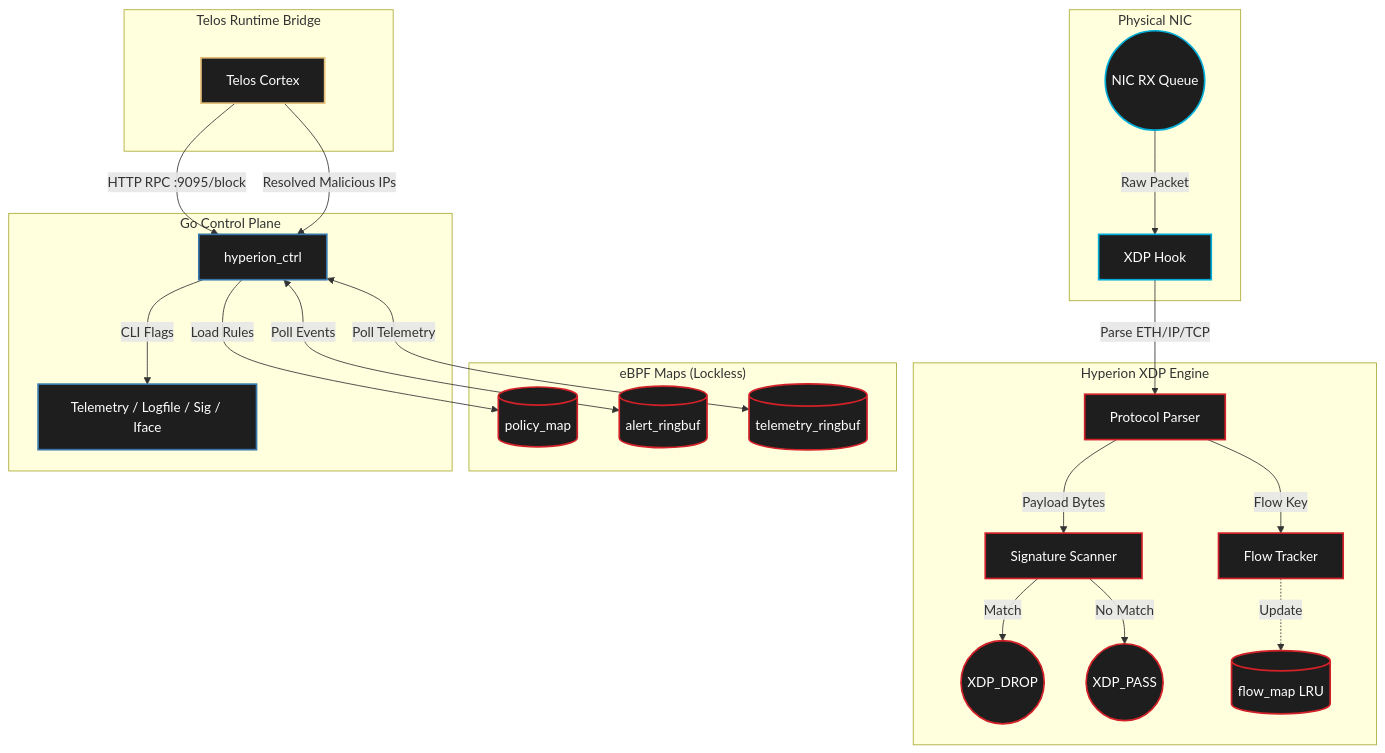
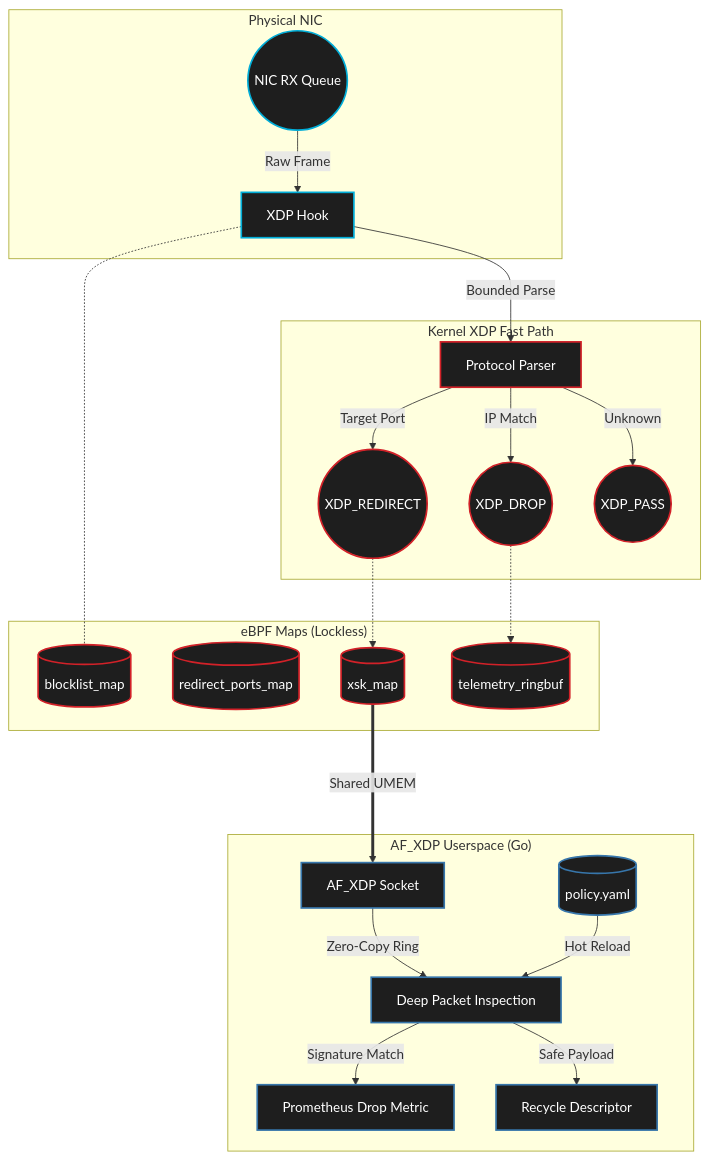
Before and after one commit to nevinshine/hyperion-xdp: the diagram in README.md, drawn with Mermaid. The commit also changed other lines of this file and 26 other files, not shown here.

````diff
--- a/README.md
+++ b/README.md
@@ -39,45 +21,41 @@
 ```mermaid
 graph TD
     classDef nicSpace fill:#1e1e1e,stroke:#00ADD8,stroke-width:2px,color:#fff
     classDef kernelSpace fill:#1e1e1e,stroke:#D22128,stroke-width:2px,color:#fff
     classDef userSpace fill:#1e1e1e,stroke:#3776AB,stroke-width:2px,color:#fff
-    classDef telosSpace fill:#1e1e1e,stroke:#E5C07B,stroke-width:2px,color:#fff
 
     subgraph Physical ["Physical NIC"]
-        NIC(("NIC RX Queue")) -->|Raw Packet| XDP["XDP Hook"]
+        NIC(("NIC RX Queue")) -->|Raw Frame| XDP["XDP Hook"]
     end
 
-    subgraph XDP_Engine ["Hyperion XDP Engine"]
-        XDP -->|Parse ETH/IP/TCP| PARSE["Protocol Parser"]
-        PARSE -->|Flow Key| FLOW["Flow Tracker"]
-        PARSE -->|Payload Bytes| SIG["Signature Scanner"]
-        SIG -->|Match| DROP1(("XDP_DROP"))
-        SIG -->|No Match| ACCEPT(("XDP_PASS"))
-        FLOW -.->|Update| FLOWMAP[("flow_map LRU")]
+    subgraph Fast_Path ["Kernel XDP Fast Path"]
+        XDP -->|Bounded Parse| PARSE["Protocol Parser"]
+        PARSE -->|IP Match| DROP1(("XDP_DROP"))
+        PARSE -->|Target Port| REDIRECT(("XDP_REDIRECT"))
+        PARSE -->|Unknown| ACCEPT(("XDP_PASS"))
     end
 
     subgraph Kernel_Maps ["eBPF Maps (Lockless)"]
-        PMAP[("policy_map")]
-        ALERT[("alert_ringbuf")]
-        TELEM[("telemetry_ringbuf")]
-        FLOWMAP
+        BL[("blocklist_map")]
+        RM[("redirect_ports_map")]
+        XM[("xsk_map")]
+        TE[("telemetry_ringbuf")]
     end
 
-    subgraph User_Space ["Go Control Plane"]
-        CTRL["hyperion_ctrl"] -->|Load Rules| PMAP
-        CTRL <-->|Poll Events| ALERT
-        CTRL <-->|Poll Telemetry| TELEM
-        CTRL -->|CLI Flags| FLAGS["Telemetry / Logfile / Sig / Iface"]
+    subgraph Slow_Path ["AF_XDP Userspace (Go)"]
+        AFXDP["AF_XDP Socket"] -->|Zero-Copy Ring| DPI["Deep Packet Inspection"]
+        DPI -->|Signature Match| METRIC_DROP["Prometheus Drop Metric"]
+        DPI -->|Safe Payload| RECYCLE["Recycle Descriptor"]
+        YAML[("policy.yaml")] -->|Hot Reload| DPI
     end
 
-    subgraph Telos_Bridge ["Telos Runtime Bridge"]
-        TELOS["Telos Cortex"] -->|HTTP RPC :9095/block| CTRL
-        TELOS -->|Resolved Malicious IPs| CTRL
-    end
+    XDP -.- BL
+    REDIRECT -.-> XM
+    XM ===>|Shared UMEM| AFXDP
+    DROP1 -.-> TE
 
     class NIC,XDP nicSpace
-    class PARSE,SIG,FLOW,DROP1,ACCEPT kernelSpace
-    class PMAP,ALERT,TELEM,FLOWMAP kernelSpace
-    class CTRL,FLAGS userSpace
-    class TELOS telosSpace
+    class PARSE,DROP1,ACCEPT,REDIRECT kernelSpace
+    class BL,RM,XM,TE kernelSpace
+    class AFXDP,DPI,METRIC_DROP,YAML,RECYCLE userSpace
 ```
````
